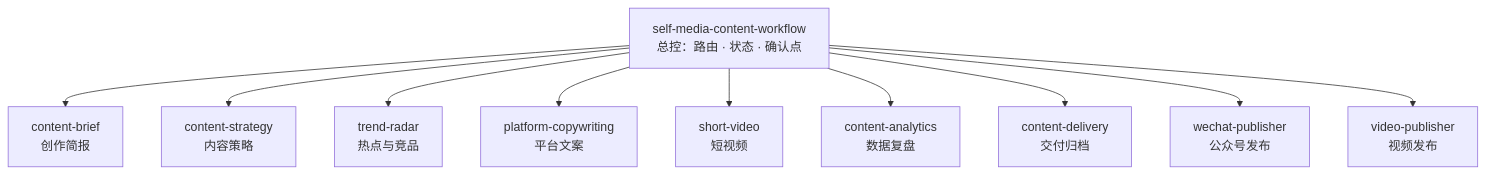
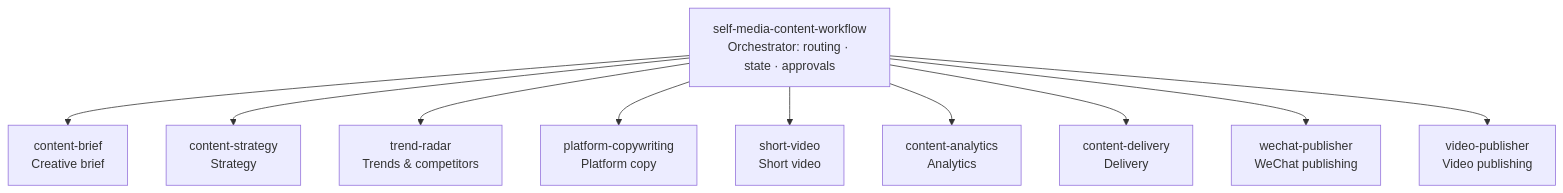
Before and after one commit to yanhua1010/self-media-content-workflow: the diagram in README.md, drawn with Mermaid. The commit also changed other lines of this file and 2 other files, not shown here.

````diff
--- a/README.md
+++ b/README.md
@@ -21,13 +21,13 @@
 ```mermaid
 graph TD
-    W["self-media-content-workflow<br/>总控：路由 · 状态 · 确认点"]
-    W --> B["content-brief<br/>创作简报"]
-    W --> S["content-strategy<br/>内容策略"]
-    W --> R["trend-radar<br/>热点与竞品"]
-    W --> C["platform-copywriting<br/>平台文案"]
-    W --> V["short-video<br/>短视频"]
-    W --> A["content-analytics<br/>数据复盘"]
-    W --> D["content-delivery<br/>交付归档"]
-    W --> P["wechat-publisher<br/>公众号发布"]
-    W --> U["video-publisher<br/>视频发布"]
+    W["self-media-content-workflow<br/>Orchestrator: routing · state · approvals"]
+    W --> B["content-brief<br/>Creative brief"]
+    W --> S["content-strategy<br/>Strategy"]
+    W --> R["trend-radar<br/>Trends & competitors"]
+    W --> C["platform-copywriting<br/>Platform copy"]
+    W --> V["short-video<br/>Short video"]
+    W --> A["content-analytics<br/>Analytics"]
+    W --> D["content-delivery<br/>Delivery"]
+    W --> P["wechat-publisher<br/>WeChat publishing"]
+    W --> U["video-publisher<br/>Video publishing"]
 ```
````
